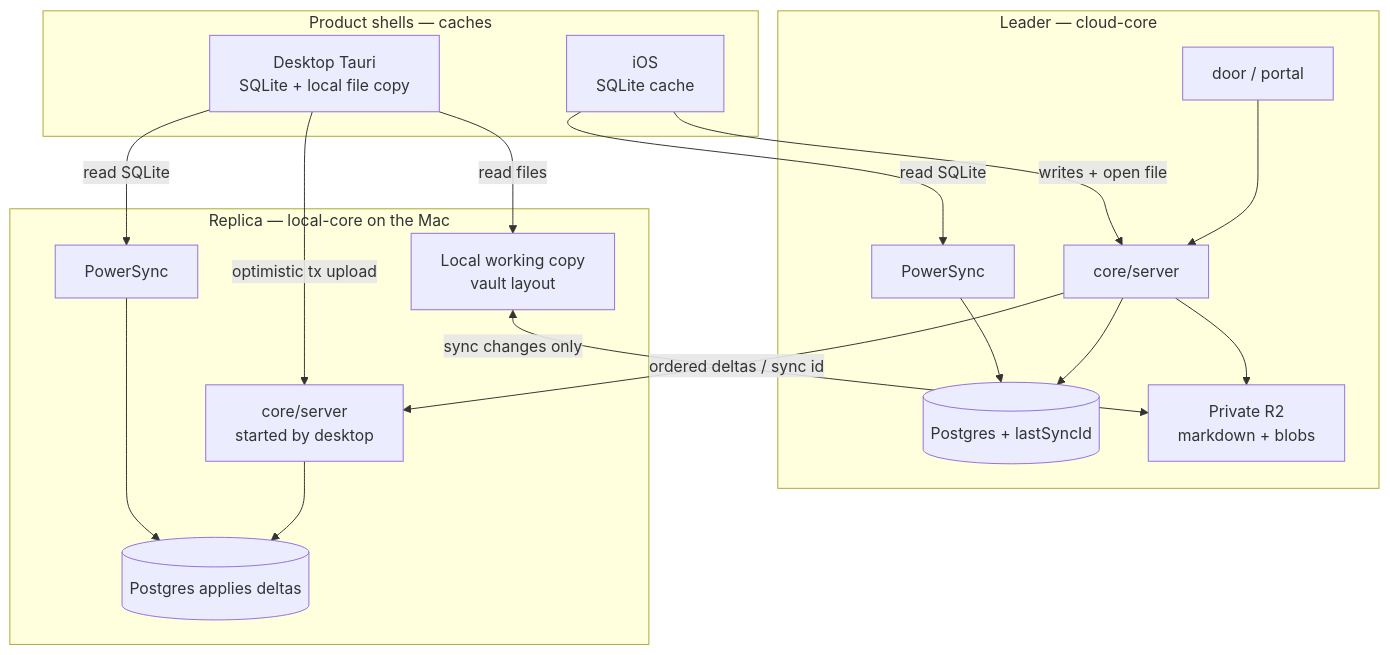
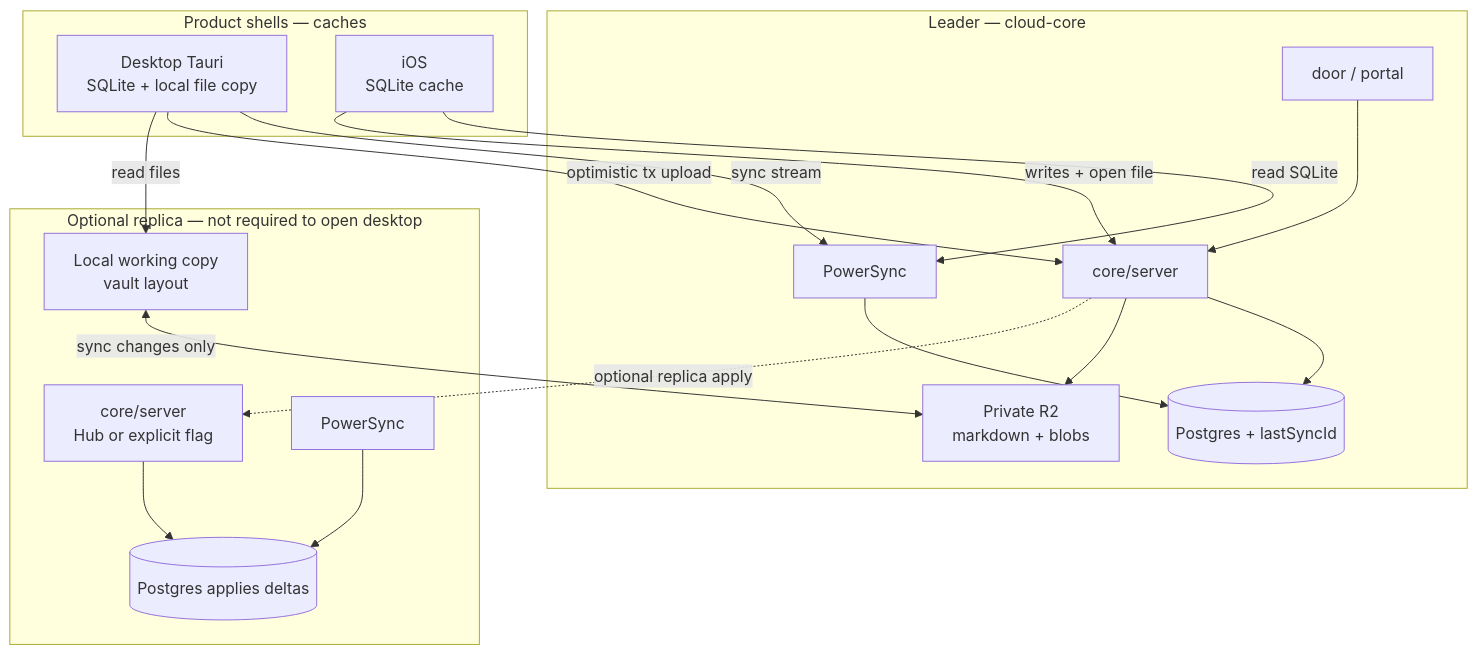
Before and after one commit to remondevries/backsteros: the diagram in docs/16-linear-shaped-sync.md, drawn with Mermaid. The commit also changed other lines of this file and 43 other files, not shown here.

First line of the commit message:
Make the product desktop usable without Docker or local-core.

````diff
--- a/docs/16-linear-shaped-sync.md
+++ b/docs/16-linear-shaped-sync.md
@@ -23,36 +25,36 @@
 ```mermaid
 flowchart TB
   subgraph clients [Product shells — caches]
     Desktop[Desktop Tauri\nSQLite + local file copy]
     Mobile[iOS\nSQLite cache]
   end
 
   subgraph leader [Leader — cloud-core]
     CloudAPI[core/server]
     CloudPG[(Postgres + lastSyncId)]
     CloudPS[PowerSync]
     R2["Private R2\nmarkdown + blobs"]
     Door[door / portal]
   end
 
-  subgraph replica [Replica — local-core on the Mac]
-    LocalAPI[core/server\nstarted by desktop]
+  subgraph replica [Optional replica — not required to open desktop]
+    LocalAPI[core/server\nHub or explicit flag]
     LocalPG[(Postgres applies deltas)]
     LocalPS[PowerSync]
     LocalVault["Local working copy\nvault layout"]
   end
 
   Door --> CloudAPI
   CloudAPI --> CloudPG
   CloudAPI --> R2
   CloudPS --> CloudPG
-  CloudAPI -->|"ordered deltas / sync id"| LocalAPI
+  CloudAPI -.->|"optional replica apply"| LocalAPI
   LocalAPI --> LocalPG
   LocalPS --> LocalPG
-  Desktop -->|"read SQLite"| LocalPS
-  Desktop -->|"optimistic tx upload"| LocalAPI
+  Desktop -->|"sync stream"| CloudPS
+  Desktop -->|"optimistic tx upload"| CloudAPI
   Desktop -->|"read files"| LocalVault
   LocalVault <-->|"sync changes only"| R2
   Mobile -->|"read SQLite"| CloudPS
   Mobile -->|"writes + open file"| CloudAPI
 ```
````
